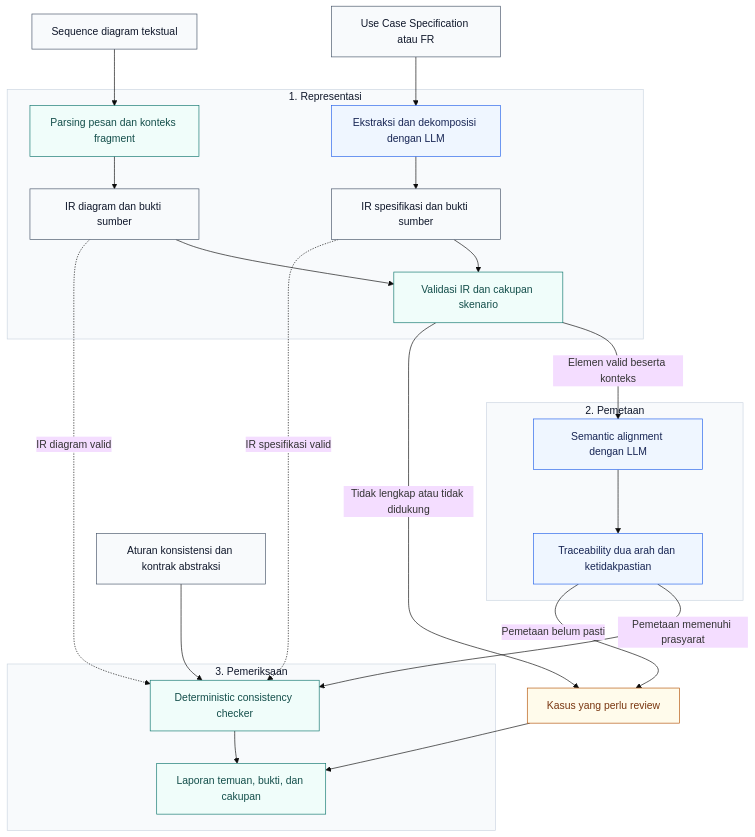
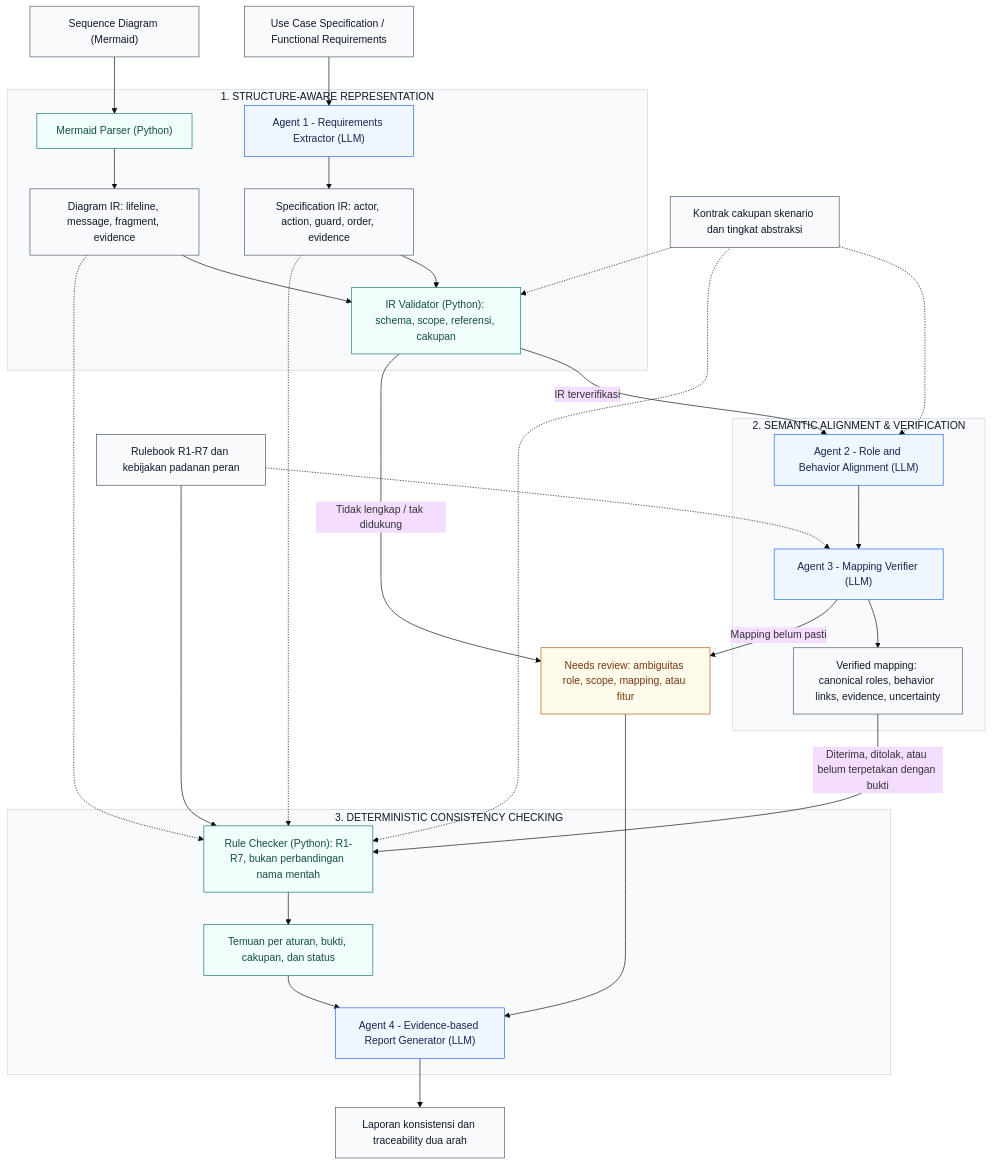
The first of 4 diagrams in data/architecture/README.md (RizdkyOktaviari/final-project-thesis), drawn with Mermaid (base theme) before and after one commit. The commit also changed other lines of this file and 3 other files, not shown here.

First line of the commit message:
docs(thesis): add multi-agent alignment architecture and swimlane

````diff
--- a/data/architecture/README.md
+++ b/data/architecture/README.md
@@ -25,55 +25,62 @@
 ```mermaid
 flowchart TB
-    R["Use Case Specification atau FR"]
-    D["Sequence diagram tekstual"]
+    FR["Use Case Specification / Functional Requirements"]
+    SD["Sequence Diagram (Mermaid)"]
+    SCOPE["Kontrak cakupan skenario dan tingkat abstraksi"]
+    RULEBOOK["Rulebook R1-R7 dan kebijakan padanan peran"]
 
-    subgraph REP["1. Representasi"]
-        EX["Ekstraksi dan dekomposisi dengan LLM"]
-        PA["Parsing pesan dan konteks fragment"]
-        RI["IR spesifikasi dan bukti sumber"]
-        DI["IR diagram dan bukti sumber"]
-        V["Validasi IR dan cakupan skenario"]
-        EX --> RI
-        PA --> DI
-        RI --> V
-        DI --> V
+    subgraph REP["1. STRUCTURE-AWARE REPRESENTATION"]
+        A1["Agent 1 - Requirements Extractor (LLM)"]
+        P1["Mermaid Parser (Python)"]
+        SIR["Specification IR: actor, action, guard, order, evidence"]
+        DIR["Diagram IR: lifeline, message, fragment, evidence"]
+        V1["IR Validator (Python): schema, scope, referensi, cakupan"]
+        A1 --> SIR --> V1
+        P1 --> DIR --> V1
     end
 
-    subgraph ALIGN["2. Pemetaan"]
-        L["Semantic alignment dengan LLM"]
-        T["Traceability dua arah dan ketidakpastian"]
-        L --> T
+    subgraph ALIGN["2. SEMANTIC ALIGNMENT & VERIFICATION"]
+        A2["Agent 2 - Role and Behavior Alignment (LLM)"]
+        A3["Agent 3 - Mapping Verifier (LLM)"]
+        MAP["Verified mapping: canonical roles, behavior links, evidence, uncertainty"]
+        A2 --> A3 --> MAP
     end
 
-    subgraph CHECK["3. Pemeriksaan"]
-        C["Deterministic consistency checker"]
-        O["Laporan temuan, bukti, dan cakupan"]
-        C --> O
+    subgraph CHECK["3. DETERMINISTIC CONSISTENCY CHECKING"]
+        PY["Rule Checker (Python): R1-R7, bukan perbandingan nama mentah"]
+        FIND["Temuan per aturan, bukti, cakupan, dan status"]
+        A4["Agent 4 - Evidence-based Report Generator (LLM)"]
+        PY --> FIND --> A4
     end
 
-    K["Aturan konsistensi dan kontrak abstraksi"]
-    Q["Kasus yang perlu review"]
+    REVIEW["Needs review: ambiguitas role, scope, mapping, atau fitur"]
+    REPORT["Laporan konsistensi dan traceability dua arah"]
 
-    R --> EX
-    D --> PA
-    V -->|Elemen valid beserta konteks| L
-    V -->|Tidak lengkap atau tidak didukung| Q
-    T -->|Pemetaan memenuhi prasyarat| C
-    T -->|Pemetaan belum pasti| Q
-    RI -.->|IR spesifikasi valid| C
-    DI -.->|IR diagram valid| C
-    K --> C
-    Q --> O
+    FR --> A1
+    SD --> P1
+    SCOPE -.-> V1
+    SCOPE -.-> A2
+    SCOPE -.-> PY
+    RULEBOOK -.-> A3
+    RULEBOOK --> PY
+    V1 -->|IR terverifikasi| A2
+    V1 -->|Tidak lengkap / tak didukung| REVIEW
+    A3 -->|Mapping belum pasti| REVIEW
+    MAP -->|Diterima, ditolak, atau belum terpetakan dengan bukti| PY
+    SIR -.-> PY
+    DIR -.-> PY
+    REVIEW --> A4
+    A4 --> REPORT
 
     classDef input fill:#f8fafc,stroke:#475569,color:#0f172a
-    classDef semantic fill:#eff6ff,stroke:#2563eb,color:#172554
-    classDef validation fill:#f0fdfa,stroke:#0f766e,color:#134e4a
+    classDef agent fill:#eff6ff,stroke:#2563eb,color:#172554
+    classDef python fill:#f0fdfa,stroke:#0f766e,color:#134e4a
     classDef review fill:#fffbeb,stroke:#b45309,color:#78350f
-    class R,D,RI,DI,K input
-    class EX,L,T semantic
-    class PA,V,C,O validation
-    class Q review
+    class FR,SD,SCOPE,RULEBOOK,SIR,DIR,MAP,REPORT input
+    class A1,A2,A3,A4 agent
+    class P1,V1,PY,FIND python
+    class REVIEW review
     style REP fill:#f8fafc,stroke:#cbd5e1,color:#0f172a
     style ALIGN fill:#f8fafc,stroke:#cbd5e1,color:#0f172a
     style CHECK fill:#f8fafc,stroke:#cbd5e1,color:#0f172a
 ```
````
